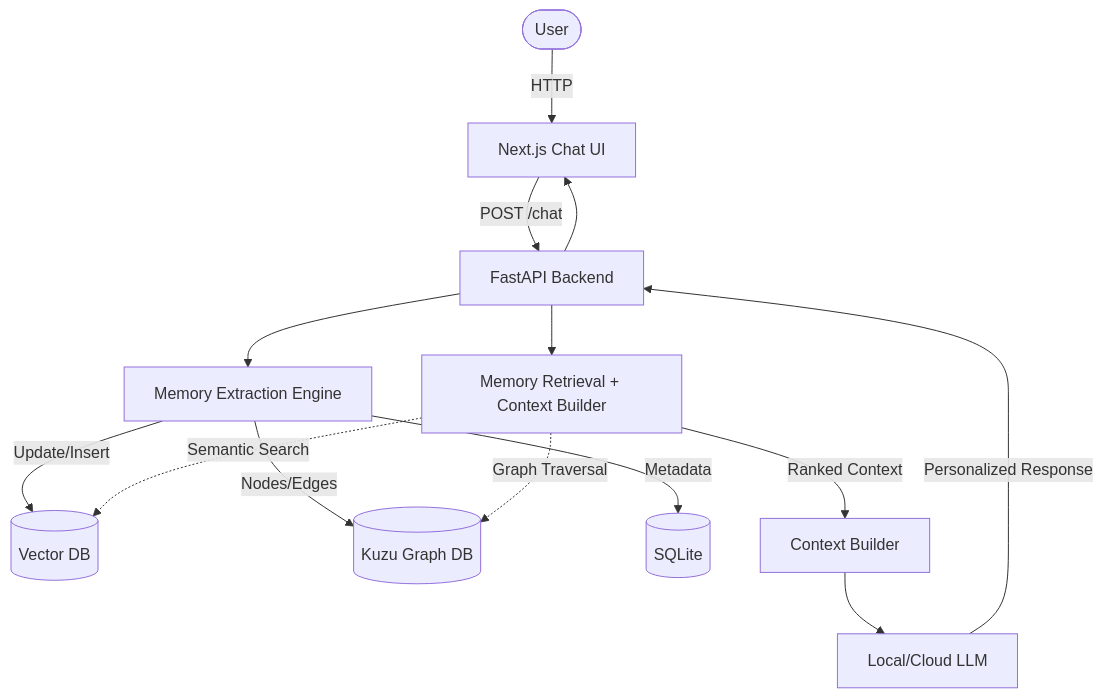
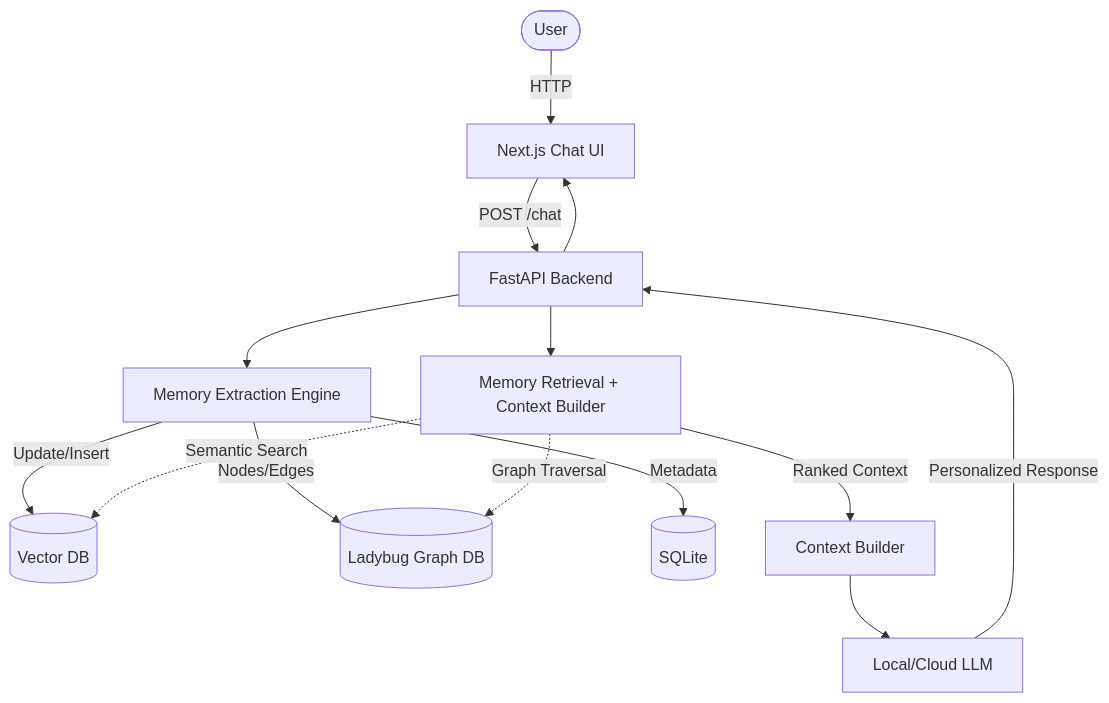
One commit to algorithnicmind/memor-ai changed the first of 2 diagrams in docs/03_Architecture.md. Above: the diagram before and after it, drawn with Mermaid. The commit also changed other lines of this file and 4 other files, not shown here.

````diff
--- a/docs/03_Architecture.md
+++ b/docs/03_Architecture.md
@@ -60,20 +60,20 @@
 ```mermaid
 graph TD
     User([User]) -->|HTTP| Frontend[Next.js Chat UI]
     Frontend -->|POST /chat| Backend[FastAPI Backend]
     
     Backend --> Extraction[Memory Extraction Engine]
     
     Extraction -->|Update/Insert| VecDB[(Vector DB)]
-    Extraction -->|Nodes/Edges| GraphDB[(Kuzu Graph DB)]
+    Extraction -->|Nodes/Edges| GraphDB[(Ladybug Graph DB)]
     Extraction -->|Metadata| SQLite[(SQLite)]
     
     Backend --> Retrieval[Memory Retrieval + Context Builder]
     Retrieval -.->|Semantic Search| VecDB
     Retrieval -.->|Graph Traversal| GraphDB
     
     Retrieval -->|Ranked Context| Context[Context Builder]
     Context --> LLM[Local/Cloud LLM]
     LLM -->|Personalized Response| Backend
     Backend --> Frontend
 ```
````
